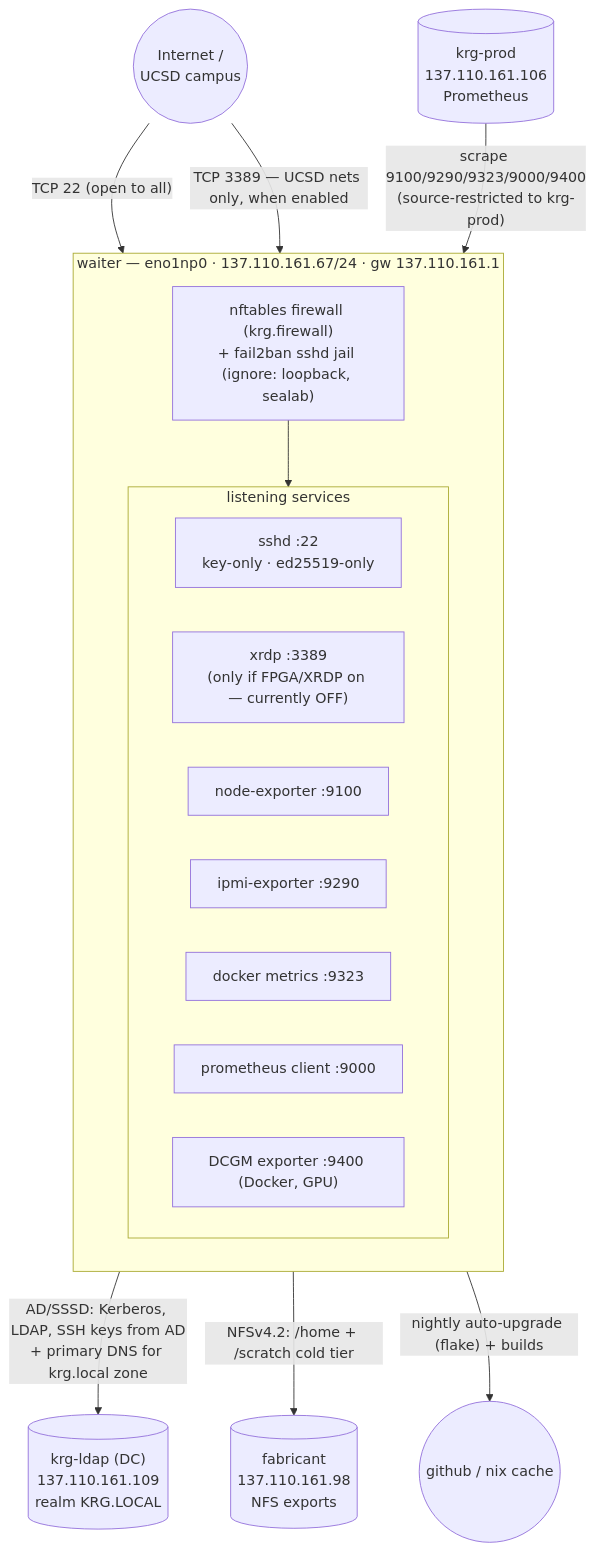
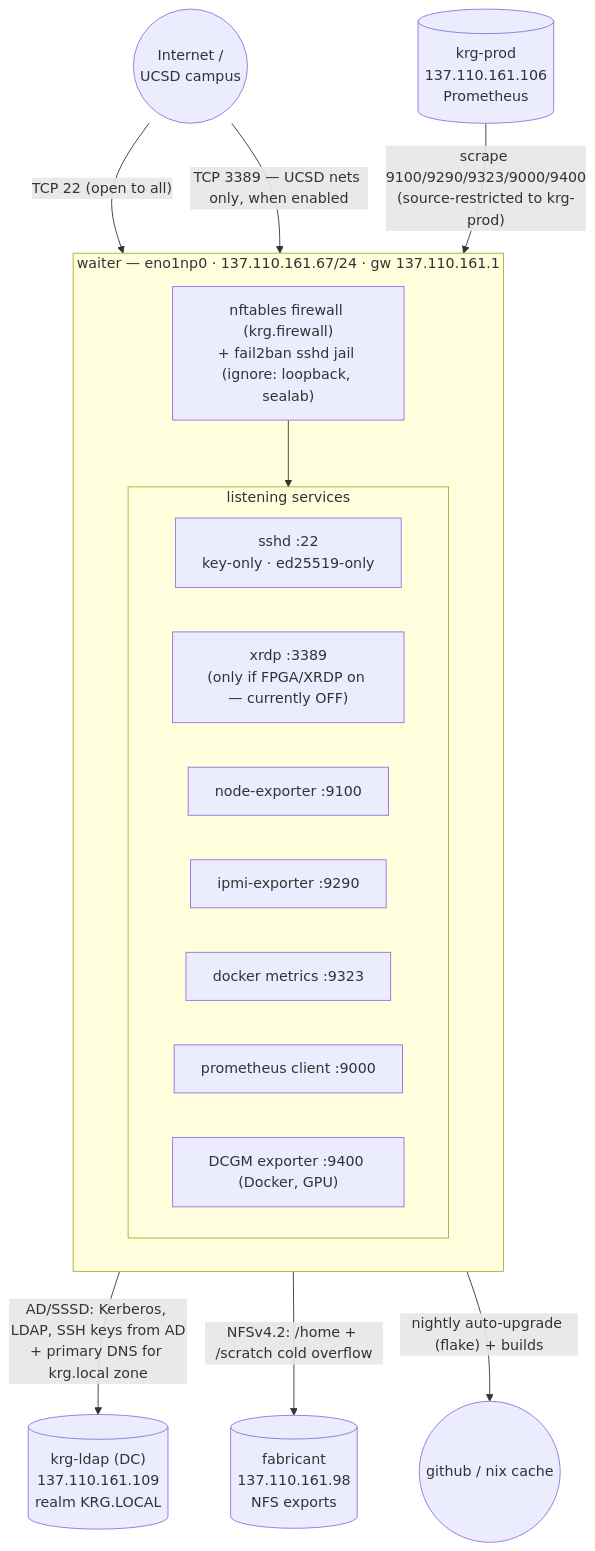
Before and after one commit to KastnerRG/krg-nixos-flakes: the third of 3 diagrams in docs/waiter-topology.md, drawn with Mermaid. The commit also changed other lines of this file and 15 other files, not shown here.

````diff
--- a/docs/waiter-topology.md
+++ b/docs/waiter-topology.md
@@ -156,33 +179,33 @@
 ```mermaid
 flowchart TB
   net(("Internet /<br/>UCSD campus"))
   mon[("krg-prod<br/>137.110.161.106<br/>Prometheus")]
 
   subgraph wn["waiter — eno1np0 · 137.110.161.67/24 · gw 137.110.161.1"]
     direction TB
     fw["nftables firewall (krg.firewall)<br/>+ fail2ban sshd jail (ignore: loopback, sealab)"]
     subgraph svcs["listening services"]
       direction LR
       ssh["sshd :22<br/>key-only · ed25519-only"]
       rdp["xrdp :3389<br/>(only if FPGA/XRDP on — currently OFF)"]
       m_node["node-exporter :9100"]
       m_ipmi["ipmi-exporter :9290"]
       m_dkr["docker metrics :9323"]
       m_cli["prometheus client :9000"]
       m_dcgm["DCGM exporter :9400 (Docker, GPU)"]
     end
   end
 
   ad[("krg-ldap (DC)<br/>137.110.161.109<br/>realm KRG.LOCAL")]
   fab[("fabricant<br/>137.110.161.98<br/>NFS exports")]
   ext(("github / nix cache"))
 
   net -->|"TCP 22 (open to all)"| fw
   net -->|"TCP 3389 — UCSD nets only, when enabled"| fw
   mon -->|"scrape 9100/9290/9323/9000/9400<br/>(source-restricted to krg-prod)"| fw
   fw --> svcs
 
   wn -->|"AD/SSSD: Kerberos, LDAP, SSH keys from AD<br/>+ primary DNS for krg.local zone"| ad
-  wn -->|"NFSv4.2: /home + /scratch cold tier"| fab
+  wn -->|"NFSv4.2: /home + /scratch cold overflow"| fab
   wn -->|"nightly auto-upgrade (flake) + builds"| ext
 ```
````
